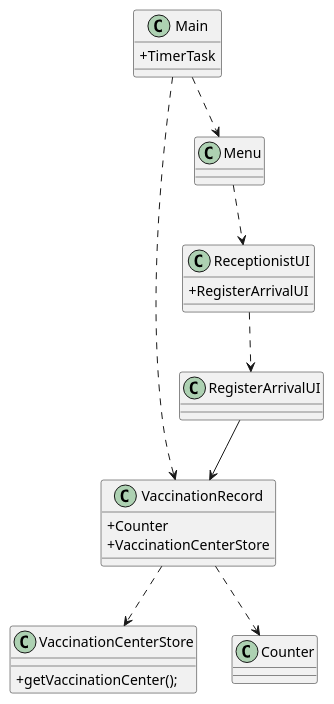
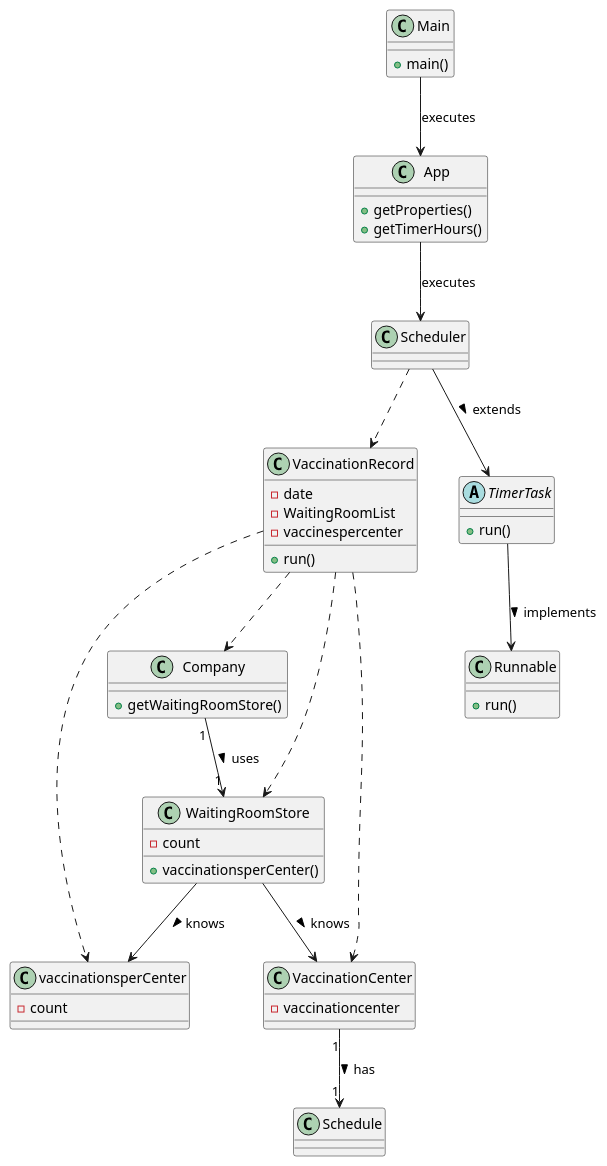
One commit to PedroMesquita1211171/VaccinationManager changed the diagram in docs/SprintD/US/US6/US006_CD.puml. Above: the diagram before and after it, drawn with PlantUML. The commit also changed 12 other files, not shown here.

```diff
--- a/docs/SprintD/US/US6/US006_CD.puml
+++ b/docs/SprintD/US/US6/US006_CD.puml
@@ -1,30 +1,67 @@
 @startuml
-skinparam classAttributeIconSize 0
+
 
 class Main{
-+TimerTask
++main()
 }
 
-class ReceptionistUI{
-+RegisterArrivalUI
+class App{
++getProperties()
++getTimerHours()
 }
 
 class VaccinationRecord{
-+Counter
-+VaccinationCenterStore
+-date
+-WaitingRoomList
+-vaccinespercenter
++run()
 }
 
-class VaccinationCenterStore{
-+getVaccinationCenter();
+class Scheduler{
+
 }
 
-Main ..> VaccinationRecord
-Main ..> Menu
-Menu ..> ReceptionistUI
-ReceptionistUI ..> RegisterArrivalUI
-RegisterArrivalUI --> VaccinationRecord
-VaccinationRecord ..> VaccinationCenterStore
-VaccinationRecord ..> Counter
+
+abstract class TimerTask{
++run()
+}
+
+class Runnable{
++run()
+}
+
+class Company{
++getWaitingRoomStore()
+}
+
+class WaitingRoomStore{
+-count
++vaccinationsperCenter()
+}
+
+class vaccinationsperCenter{
+-count
+}
+
+class VaccinationCenter{
+-vaccinationcenter
+}
 
 
+
+
+
+Main --> App : executes
+App --> Scheduler : executes
+Scheduler ..> VaccinationRecord
+VaccinationRecord ..> Company
+Company "1" --> "1" WaitingRoomStore : uses >
+WaitingRoomStore --> VaccinationCenter : knows >
+VaccinationCenter "1" --> "1" Schedule : has >
+WaitingRoomStore --> vaccinationsperCenter : knows >
+VaccinationRecord ..> vaccinationsperCenter
+VaccinationRecord ..> WaitingRoomStore
+VaccinationRecord ..> VaccinationCenter
+TimerTask --> Runnable : implements >
+Scheduler --> TimerTask : extends >
 @enduml
```
